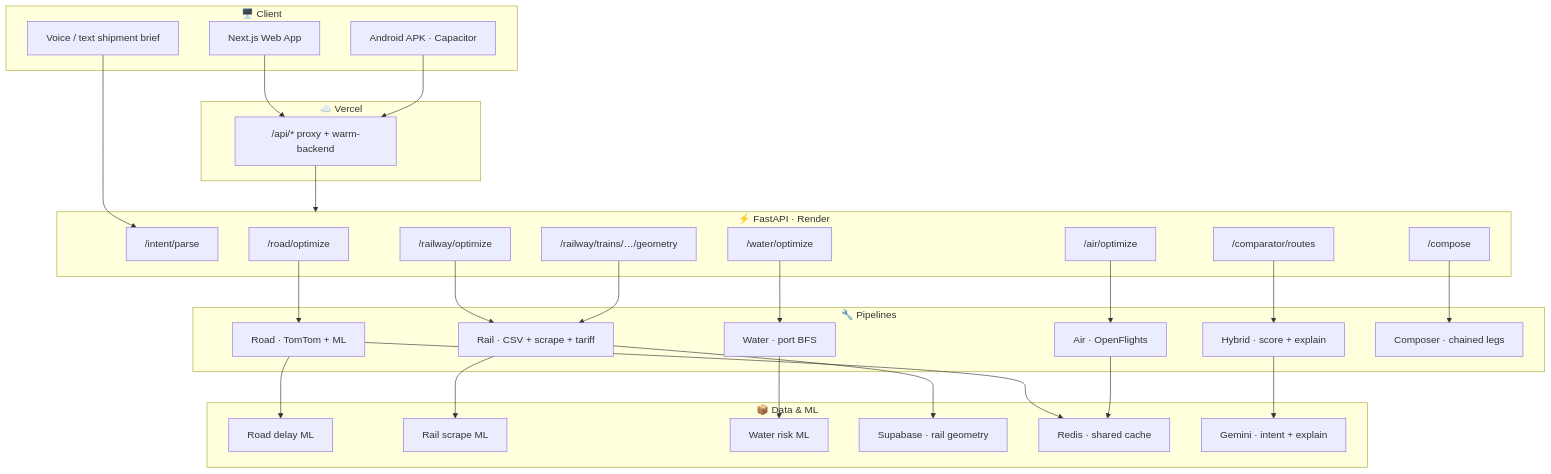
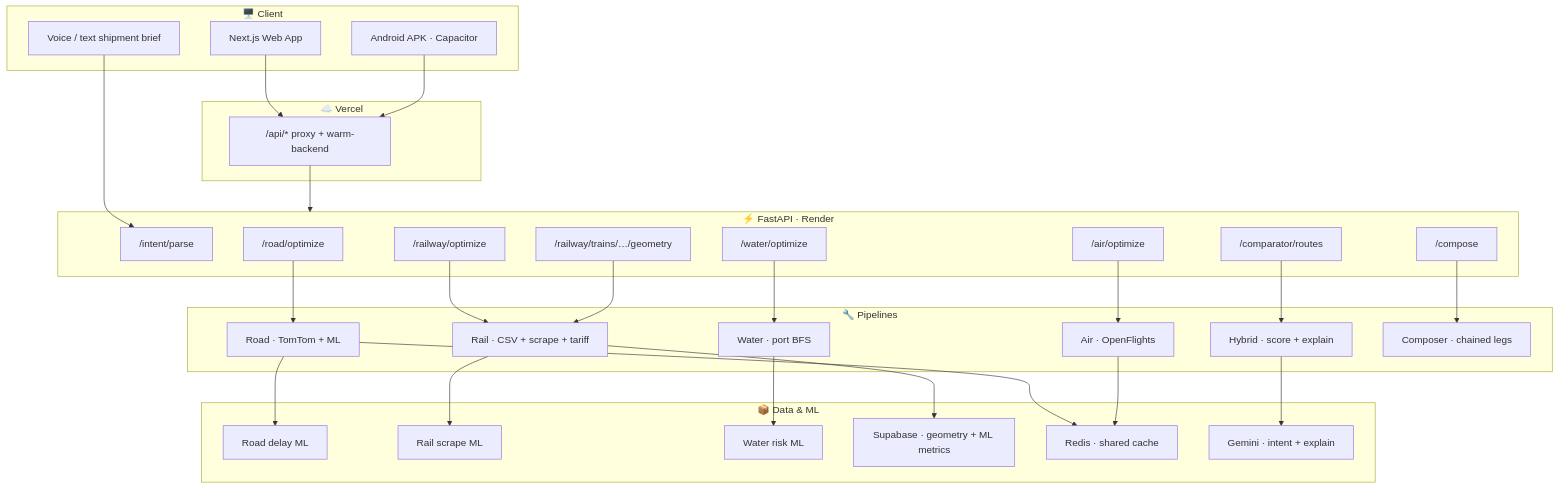
One commit to kvb1201/LogiFlow-Solution-Challenge-2026 changed the first of 7 diagrams in README.md. Above: the diagram before and after it, drawn with Mermaid. The commit also changed other lines of this file and 15 other files, not shown here.

First line of the commit message:
Sync rail ML metrics to Supabase and refresh project documentation.

````diff
--- a/README.md
+++ b/README.md
@@ -36,62 +36,62 @@
 ```mermaid
 flowchart TB
     subgraph Client["🖥️ Client"]
         WEB["Next.js Web App"]
         APK["Android APK · Capacitor"]
         STT["Voice / text shipment brief"]
     end
 
     subgraph Edge["☁️ Vercel"]
         PROXY["/api/* proxy + warm-backend"]
     end
 
     subgraph API["⚡ FastAPI · Render"]
         R_INTENT["/intent/parse"]
         R_ROAD["/road/optimize"]
         R_RAIL["/railway/optimize"]
         R_AIR["/air/optimize"]
         R_WATER["/water/optimize"]
         R_COMP["/comparator/routes"]
         R_COMPOSE["/compose"]
         R_GEO["/railway/trains/…/geometry"]
     end
 
     subgraph Pipelines["🔧 Pipelines"]
         P_ROAD["Road · TomTom + ML"]
         P_RAIL["Rail · CSV + scrape + tariff"]
         P_AIR["Air · OpenFlights"]
         P_WATER["Water · port BFS"]
         P_HYBRID["Hybrid · score + explain"]
         P_COMPOSE["Composer · chained legs"]
     end
 
     subgraph Data["📦 Data & ML"]
         ML_R["Road delay ML"]
         ML_RL["Rail scrape ML"]
         ML_W["Water risk ML"]
-        SUPA["Supabase · rail geometry"]
+        SUPA["Supabase · geometry + ML metrics"]
         REDIS["Redis · shared cache"]
         GEMINI["Gemini · intent + explain"]
     end
 
     WEB --> PROXY
     APK --> PROXY
     STT --> R_INTENT
     PROXY --> API
 
     R_ROAD --> P_ROAD
     R_RAIL --> P_RAIL
     R_AIR --> P_AIR
     R_WATER --> P_WATER
     R_COMP --> P_HYBRID
     R_COMPOSE --> P_COMPOSE
     R_GEO --> P_RAIL
 
     P_ROAD --> ML_R
     P_RAIL --> ML_RL
     P_RAIL --> SUPA
     P_WATER --> ML_W
     P_ROAD --> REDIS
     P_AIR --> REDIS
     P_HYBRID --> GEMINI
 ```
````
